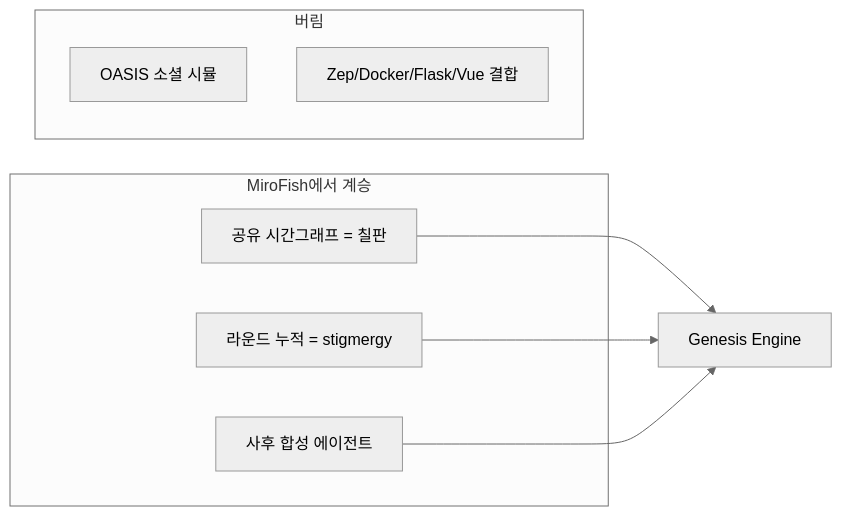
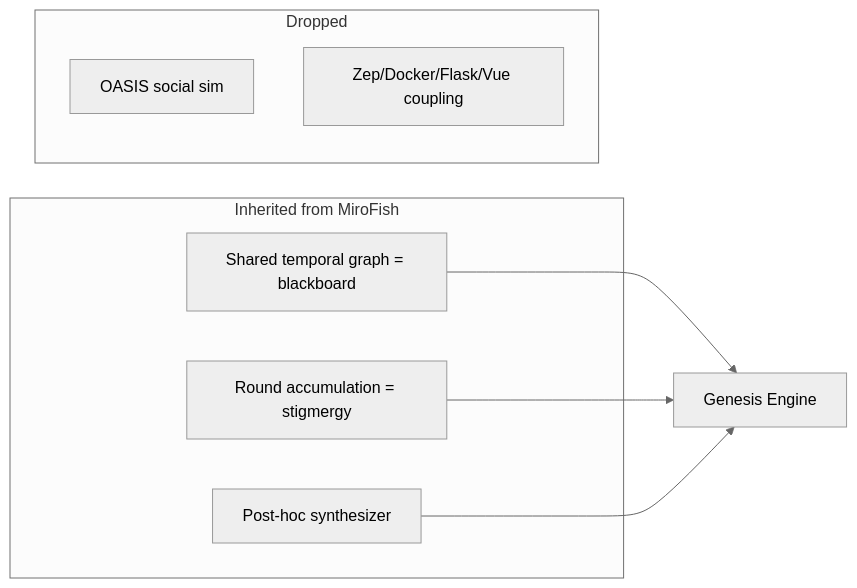
Before and after one commit to seyeong-han/Genesis: the first of 6 diagrams in architecture.md, drawn with Mermaid (neutral theme). The commit also changed other lines of this file and 11 other files, not shown here.

````diff
--- a/architecture.md
+++ b/architecture.md
@@ -24,15 +34,15 @@
 ```mermaid
 flowchart LR
-    subgraph mf [MiroFish에서 계승]
-        A["공유 시간그래프 = 칠판"]
-        B["라운드 누적 = stigmergy"]
-        C["사후 합성 에이전트"]
+    subgraph mf [Inherited from MiroFish]
+        A["Shared temporal graph = blackboard"]
+        B["Round accumulation = stigmergy"]
+        C["Post-hoc synthesizer"]
     end
-    subgraph drop [버림]
-        D["OASIS 소셜 시뮬"]
-        E["Zep/Docker/Flask/Vue 결합"]
+    subgraph drop [Dropped]
+        D["OASIS social sim"]
+        E["Zep/Docker/Flask/Vue coupling"]
     end
     A --> G["Genesis Engine"]
     B --> G
     C --> G
 ```
````
